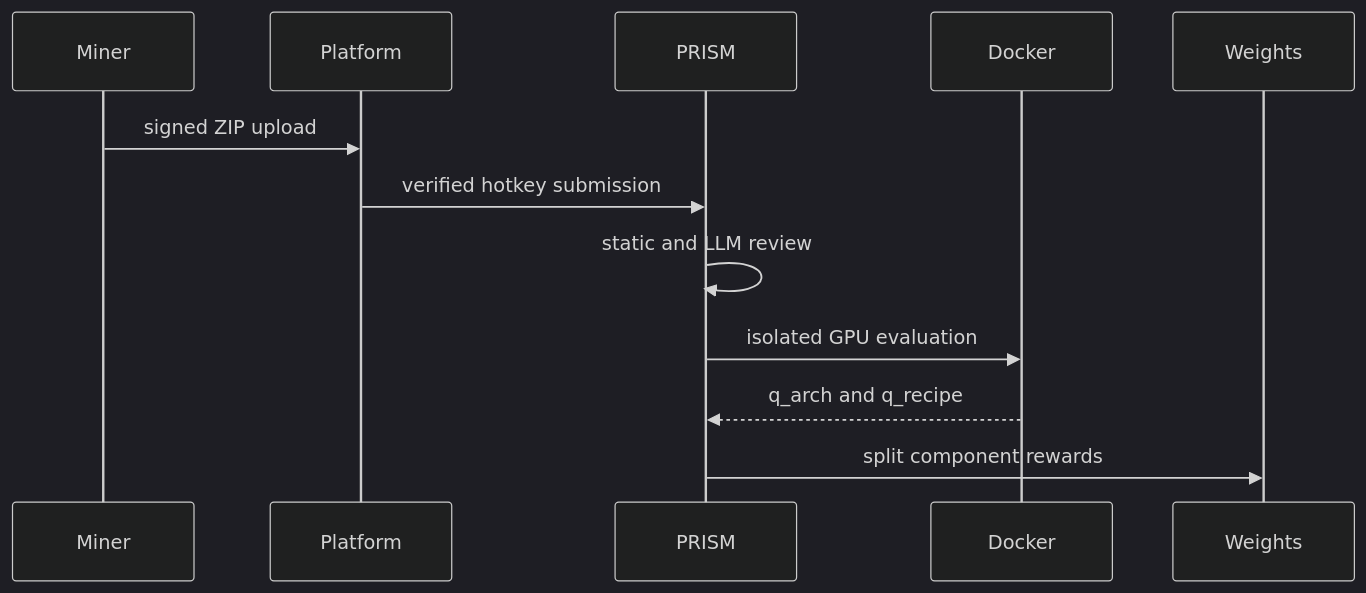
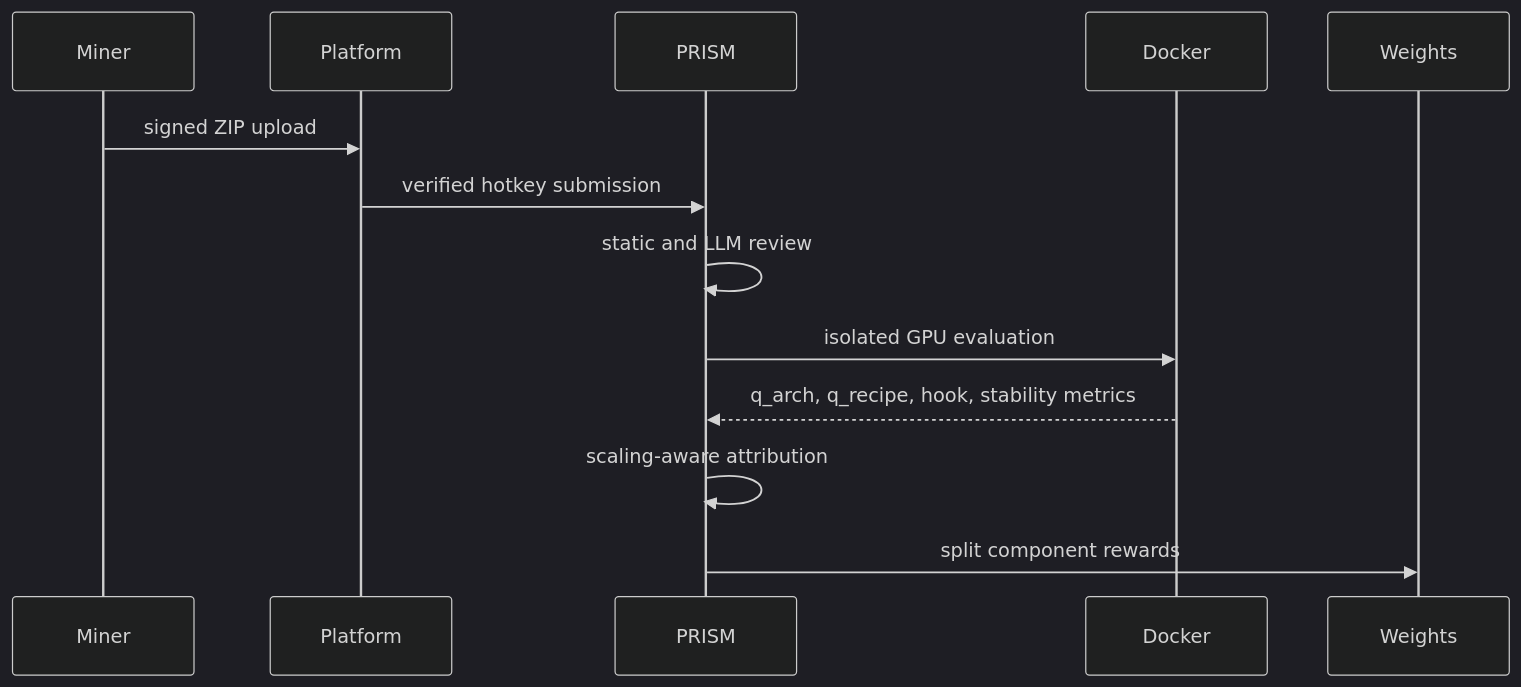
One commit to PlatformNetwork/prism changed the second of 2 diagrams in README.md. Above: the diagram before and after it, drawn with Mermaid (dark theme). The commit also changed other lines of this file and 7 other files, not shown here.

````diff
--- a/README.md
+++ b/README.md
@@ -60,14 +63,15 @@
 ```mermaid
 sequenceDiagram
     participant M as Miner
     participant P as Platform
     participant R as PRISM
     participant D as Docker
     participant W as Weights
     M->>P: signed ZIP upload
     P->>R: verified hotkey submission
     R->>R: static and LLM review
     R->>D: isolated GPU evaluation
-    D-->>R: q_arch and q_recipe
+    D-->>R: q_arch, q_recipe, hook, stability metrics
+    R->>R: scaling-aware attribution
     R->>W: split component rewards
 ```
````
